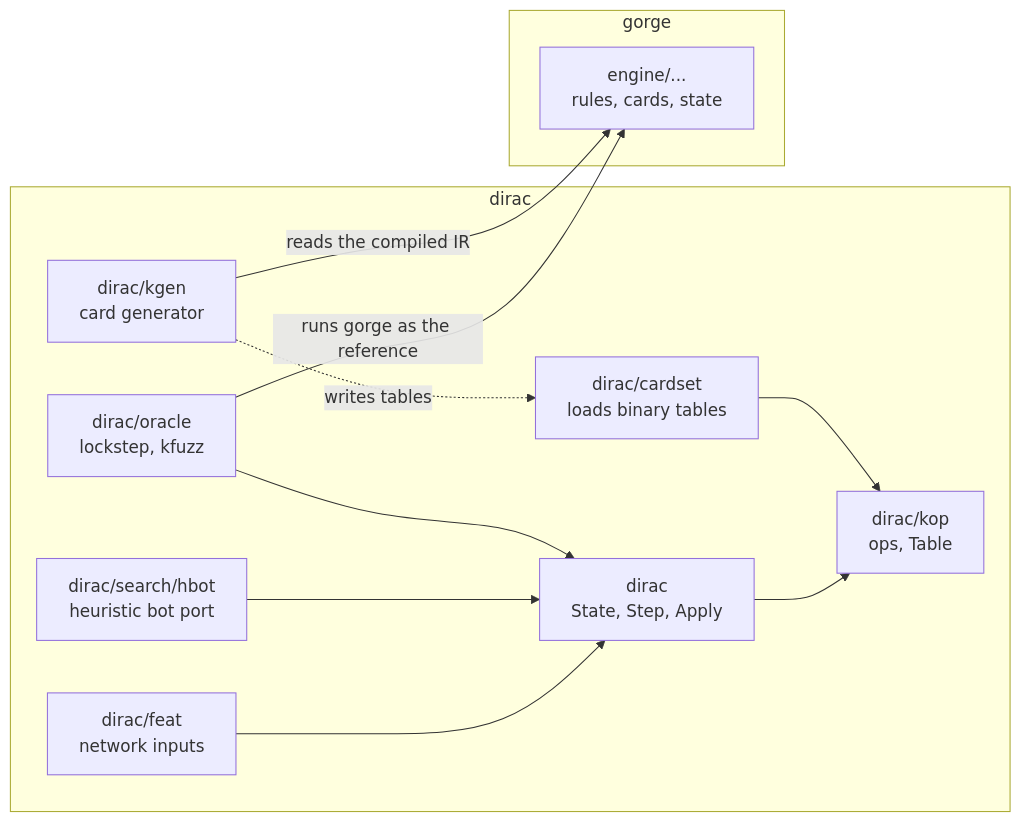
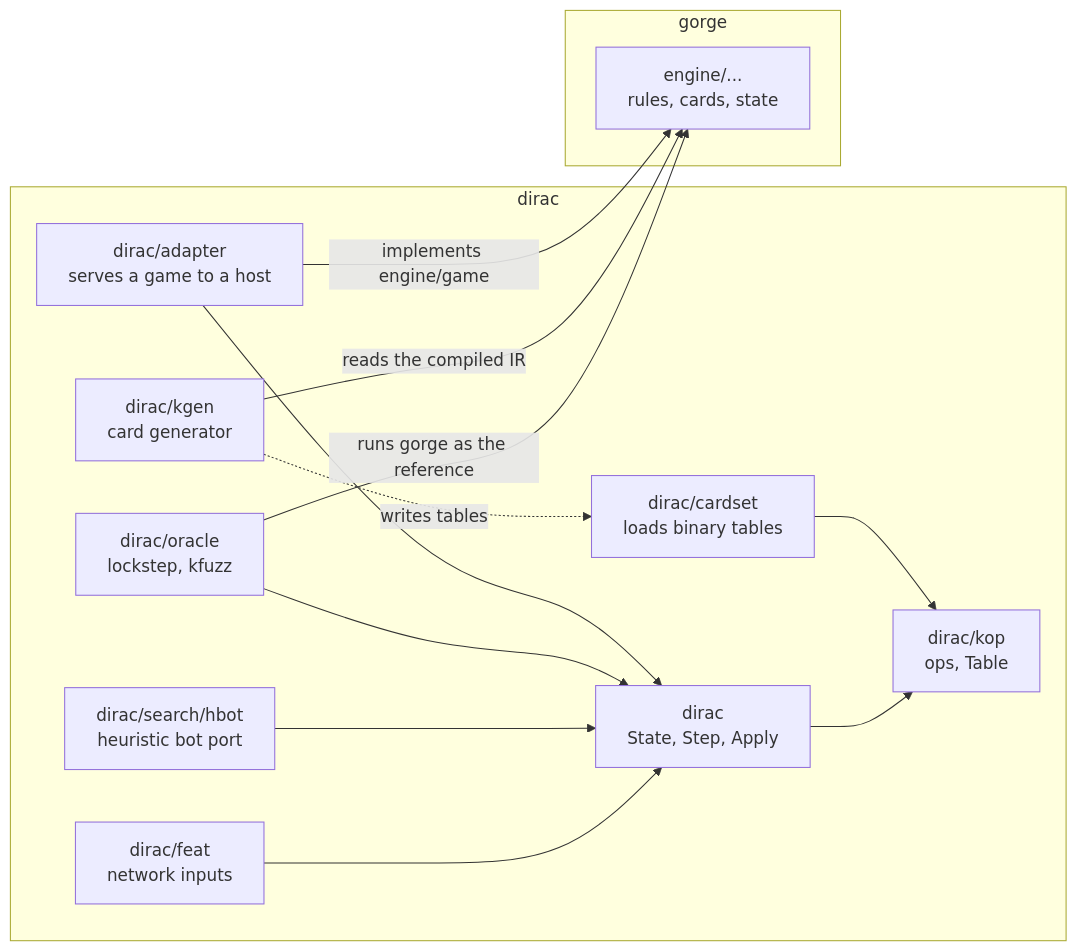
One commit to adams-shaun/gorge changed the diagram in docs/site/architecture/dirac/index.md. Above: the diagram before and after it, drawn with Mermaid. The commit also changed other lines of this file and 9 other files, not shown here.

First line of the commit message:
docs(architecture): dirac is in the repository, and supported means what the evidence shows

````diff
--- a/docs/site/architecture/dirac/index.md
+++ b/docs/site/architecture/dirac/index.md
@@ -117,16 +135,18 @@
 ```mermaid
 flowchart LR
   subgraph d["dirac"]
     dirac["dirac<br/>State, Step, Apply"] --> kop["dirac/kop<br/>ops, Table"]
     cardset["dirac/cardset<br/>loads binary tables"] --> kop
     feat["dirac/feat<br/>network inputs"] --> dirac
     hbot["dirac/search/hbot<br/>heuristic bot port"] --> dirac
     oracle["dirac/oracle<br/>lockstep, kfuzz"] --> dirac
     kgen["dirac/kgen<br/>card generator"] -.->|writes tables| cardset
+    adapter["dirac/adapter<br/>serves a game to a host"] --> dirac
   end
   subgraph g["gorge"]
     engine["engine/...<br/>rules, cards, state"]
   end
   oracle -->|"runs gorge as the reference"| engine
   kgen -->|"reads the compiled IR"| engine
+  adapter -->|"implements engine/game"| engine
 ```
````
